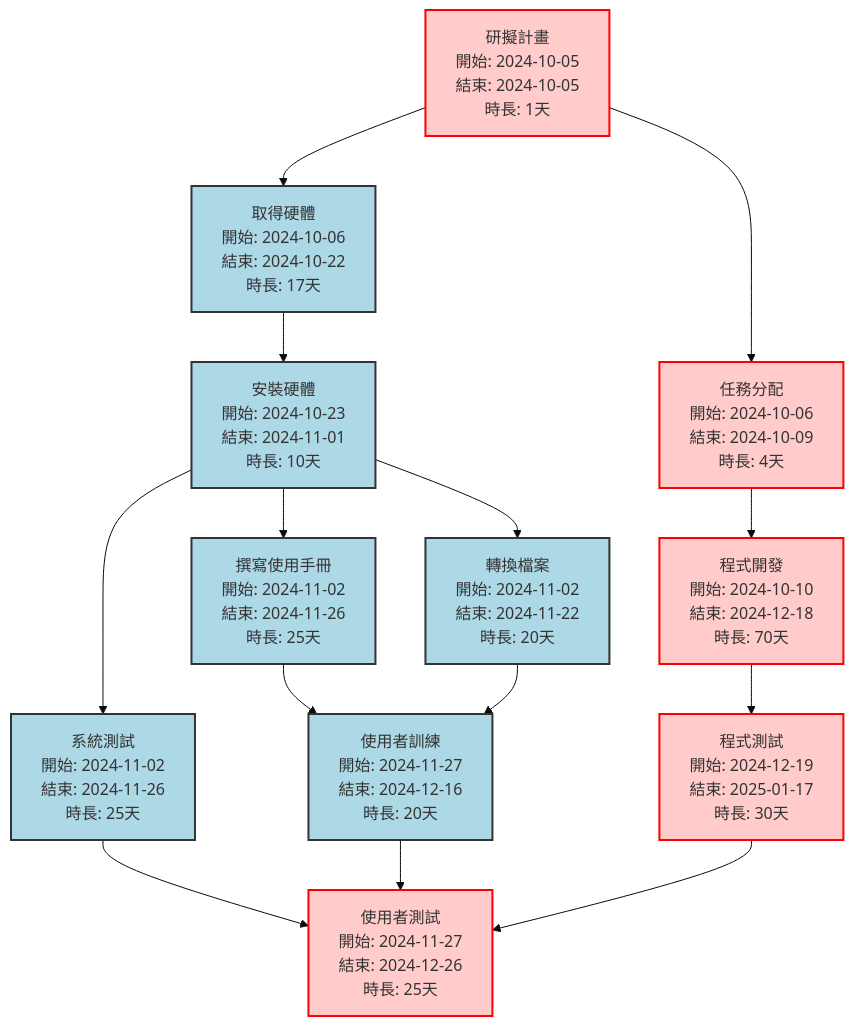
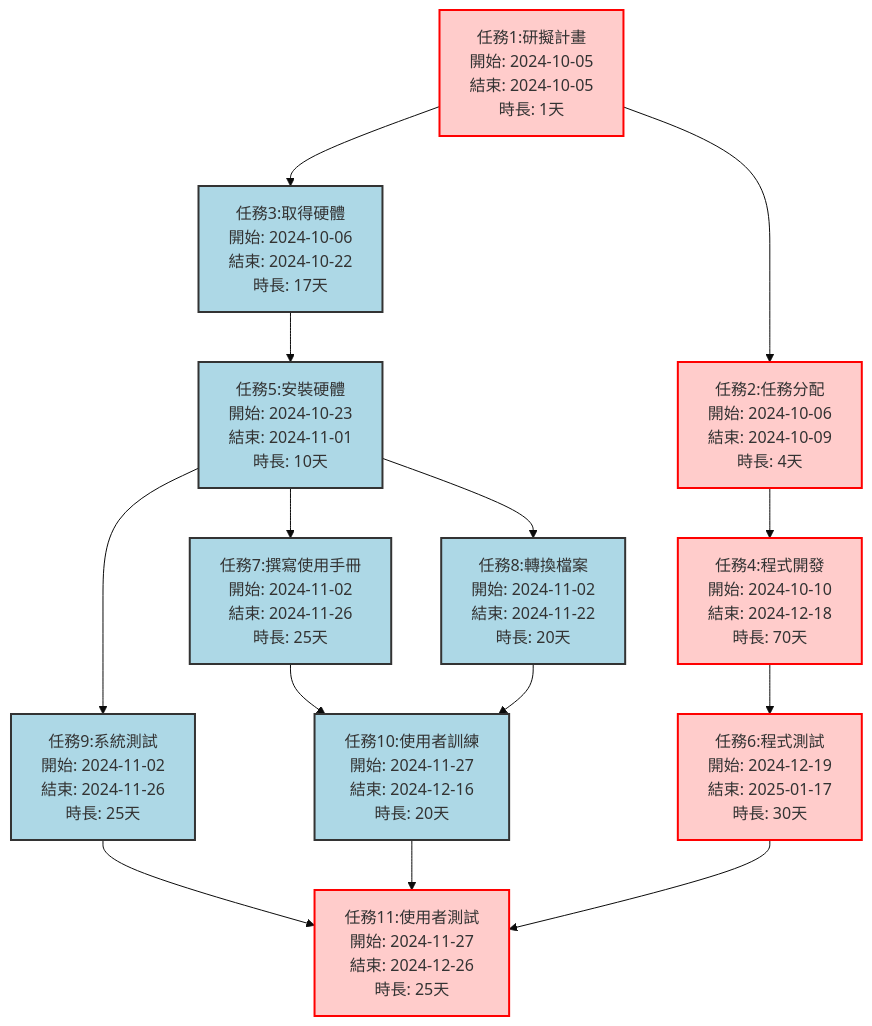
The third of 3 diagrams in hw2.md (Yachi0204/2024_home), drawn with Mermaid (base theme) before and after one commit. The commit also changed other lines of this file, not shown here.

````diff
--- a/hw2.md
+++ b/hw2.md
@@ -41,23 +41,23 @@
 ```mermaid
 graph TD;
-    A[研擬計畫<br>開始: 2024-10-05<br>結束: 2024-10-05<br>時長: 1天] --> B[任務分配<br>開始: 2024-10-06<br>結束: 2024-10-09<br>時長: 4天];
-    A --> C[取得硬體<br>開始: 2024-10-06<br>結束: 2024-10-22<br>時長: 17天];
-    B --> D[程式開發<br>開始: 2024-10-10<br>結束: 2024-12-18<br>時長: 70天];
-    C --> E[安裝硬體<br>開始: 2024-10-23<br>結束: 2024-11-01<br>時長: 10天];
-    D --> F[程式測試<br>開始: 2024-12-19<br>結束: 2025-01-17<br>時長: 30天];
-    E --> G[撰寫使用手冊<br>開始: 2024-11-02<br>結束: 2024-11-26<br>時長: 25天];
-    E --> H[轉換檔案<br>開始: 2024-11-02<br>結束: 2024-11-22<br>時長: 20天];
-    E --> I[系統測試<br>開始: 2024-11-02<br>結束: 2024-11-26<br>時長: 25天];
-    G --> J[使用者訓練<br>開始: 2024-11-27<br>結束: 2024-12-16<br>時長: 20天];
+    A[任務1:研擬計畫<br>開始: 2024-10-05<br>結束: 2024-10-05<br>時長: 1天] --> B[任務2:任務分配<br>開始: 2024-10-06<br>結束: 2024-10-09<br>時長: 4天];
+    A --> C[任務3:取得硬體<br>開始: 2024-10-06<br>結束: 2024-10-22<br>時長: 17天];
+    B --> D[任務4:程式開發<br>開始: 2024-10-10<br>結束: 2024-12-18<br>時長: 70天];
+    C --> E[任務5:安裝硬體<br>開始: 2024-10-23<br>結束: 2024-11-01<br>時長: 10天];
+    D --> F[任務6:程式測試<br>開始: 2024-12-19<br>結束: 2025-01-17<br>時長: 30天];
+    E --> G[任務7:撰寫使用手冊<br>開始: 2024-11-02<br>結束: 2024-11-26<br>時長: 25天];
+    E --> H[任務8:轉換檔案<br>開始: 2024-11-02<br>結束: 2024-11-22<br>時長: 20天];
+    E --> I[任務9:系統測試<br>開始: 2024-11-02<br>結束: 2024-11-26<br>時長: 25天];
+    G --> J[任務10:使用者訓練<br>開始: 2024-11-27<br>結束: 2024-12-16<br>時長: 20天];
     H --> J;
-    I --> K[使用者測試<br>開始: 2024-11-27<br>結束: 2024-12-26<br>時長: 25天];
+    I --> K[任務11:使用者測試<br>開始: 2024-11-27<br>結束: 2024-12-26<br>時長: 25天];
     J --> K;
     F --> K;
 
     classDef default fill:#add8e6,stroke:#333,stroke-width:2px;
     classDef keyTask fill:#ffcccb,stroke:#ff0000,stroke-width:2px;
 
     class A,B,D,F,K keyTask;
 
 
 ```
````
